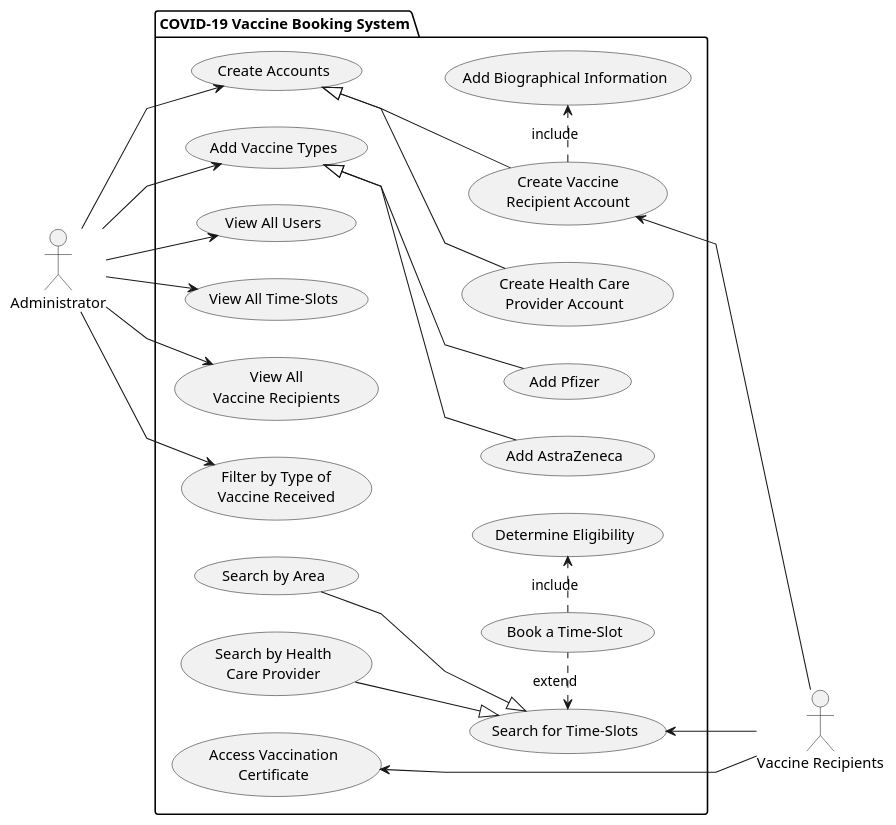
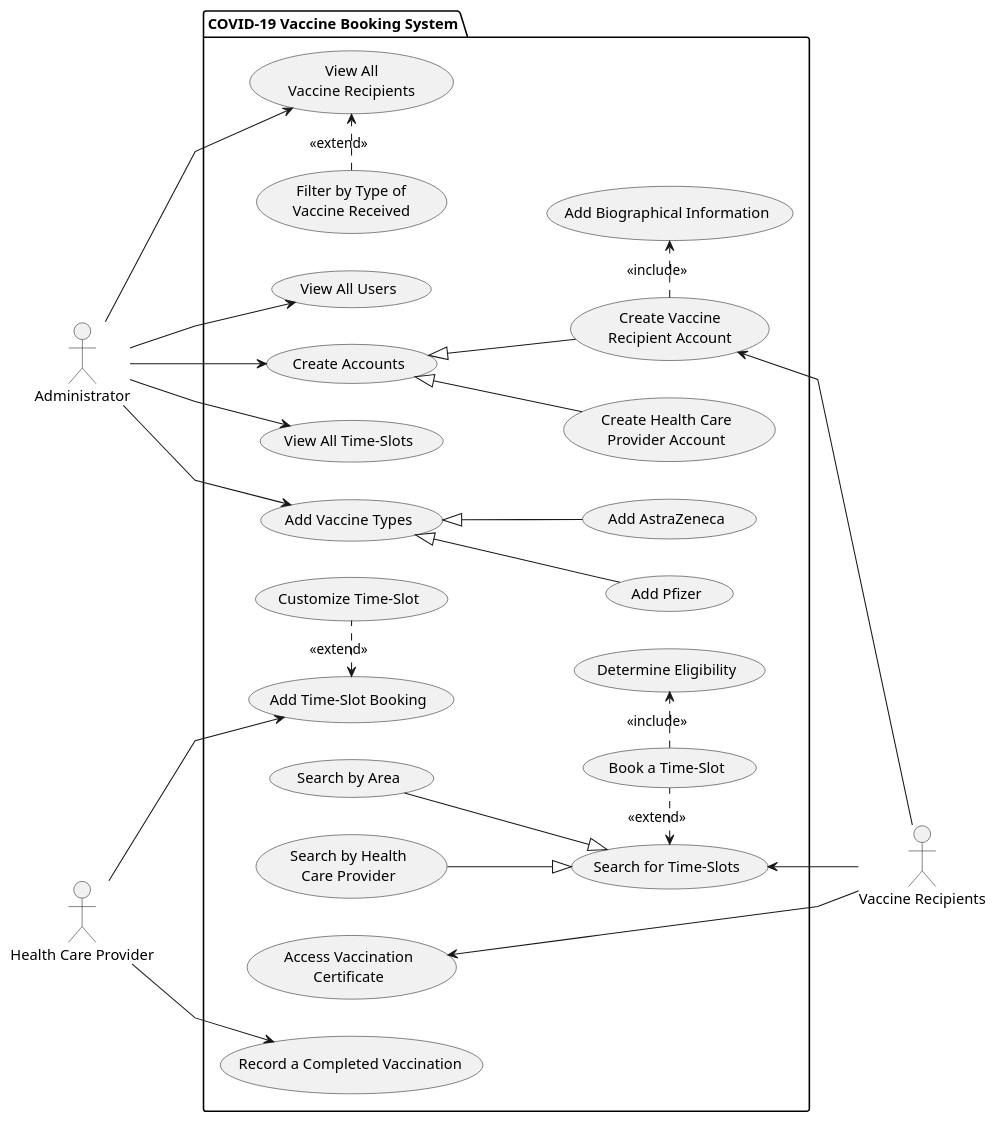
The diagram in docs/part1/UseCaseDiagram.puml (SWEN900072021/Covid19BookingSystem), drawn with PlantUML before and after one commit.

Commit message:
Chore: Fixed some of the issues identified in the use case diagram

```diff
--- a/docs/part1/UseCaseDiagram.puml
+++ b/docs/part1/UseCaseDiagram.puml
@@ -1,62 +1,68 @@
 @startuml
 'https://plantuml.com/use-case-diagram
 
 left to right direction
 
 actor :Administrator: as Admin
 actor :Vaccine Recipients:  as VR
+actor :Health Care Provider: as HCP
 
 skinparam linetype polyline
 
 package "COVID-19 Vaccine Booking System" {
     usecase (Create Accounts) as (CA)
     usecase (Add Vaccine Types) as (AVT)
     usecase (Add AstraZeneca) as (AZ)
     usecase (Add Pfizer) as (Pfizer)
     usecase (View All Users) as (VAU)
     usecase (View All Time-Slots) as (VATS)
     usecase (View All\nVaccine Recipients) as (VAVR)
     usecase (Filter by Type of\nVaccine Received) as (FTVR)
     usecase (Add Biographical Information) as (ABR)
     usecase (Search for Time-Slots) as (STS)
     usecase (Search by Area) as (SA)
     usecase (Search by Health\nCare Provider) as (SHCA)
     usecase (Create Vaccine\nRecipient Account) as (CVRA)
     usecase (Create Health Care\nProvider Account) as (CHRA)
     usecase (Book a Time-Slot) as (BTS)
     usecase (Determine Eligibility) as (DE)
     usecase (Access Vaccination\nCertificate) as (AVC)
+    usecase (Add Time-Slot Booking) as (ATS)
+    usecase (Record a Completed Vaccination) as (RCV)
+    usecase (Customize Time-Slot) as (CTS)
 }
 
 Admin --> (AVT)
 Admin --> (VAU)
 Admin --> (VATS)
 Admin --> (VAVR)
-Admin --> (FTVR)
 Admin --> (CA)
 (STS) <-- VR
 (CVRA) <-- VR
 (AVC) <-- VR
+HCP --> (ATS)
+HCP --> (RCV)
 '(BTS) <-- VR
 
 (AVT) <|-- (AZ)
 (AVT) <|-- (Pfizer)
 (CA) <|-- (CVRA)
 (CA) <|-- (CHRA)
 (SA) --|> (STS)
 (SHCA) --|> (STS)
 
-(STS) <. (BTS) : extend
-(BTS) .> (DE) : include
-(CVRA) .> (ABR) : include
-'note right of Admin : This is an example.
+(STS) <. (BTS) : <<extend>>
+(BTS) .> (DE) : <<include>>
+(CVRA) .> (ABR) : <<include>>
+(ATS) <. (CTS) : <<extend>>
+(FTVR) .> (VAVR) : <<extend>>
 
 'note right of (Use)
 'A note can also
 'be on several lines
 'end note
 
 'note "This note is connected\nto several objects." as N2
 '(Start) .. N2
 'N2 .. (Use)
 @enduml
```
